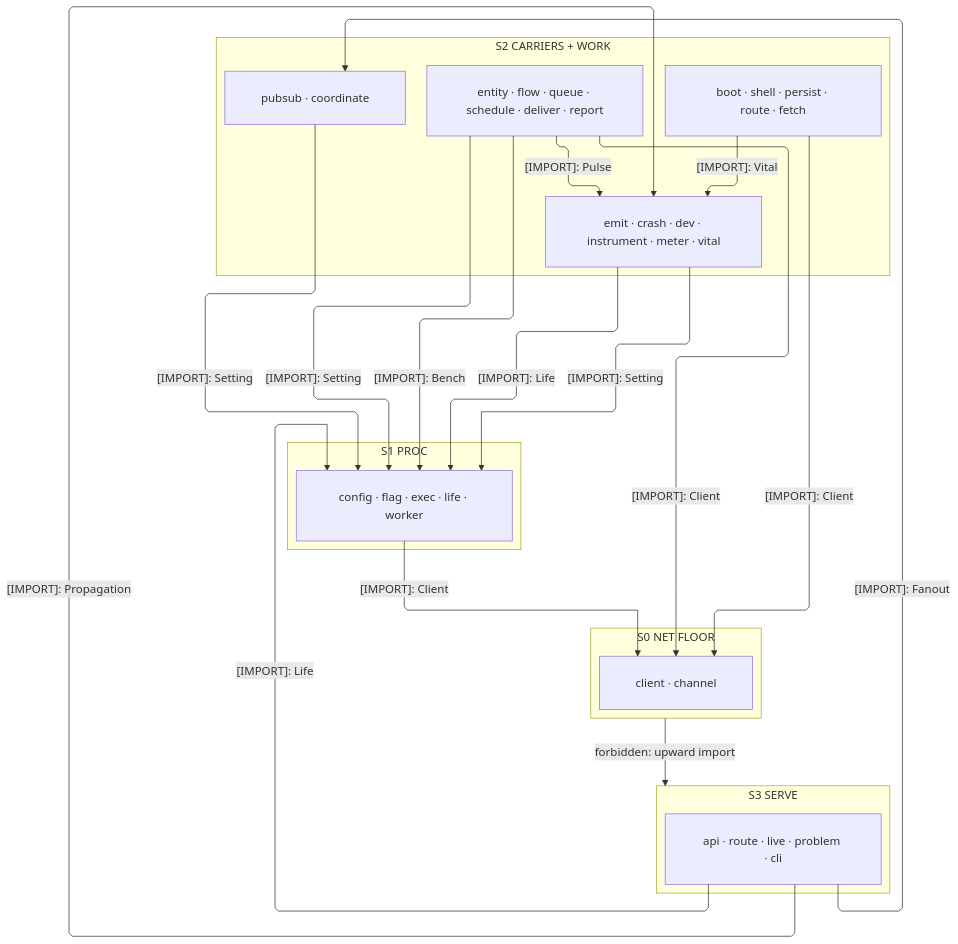
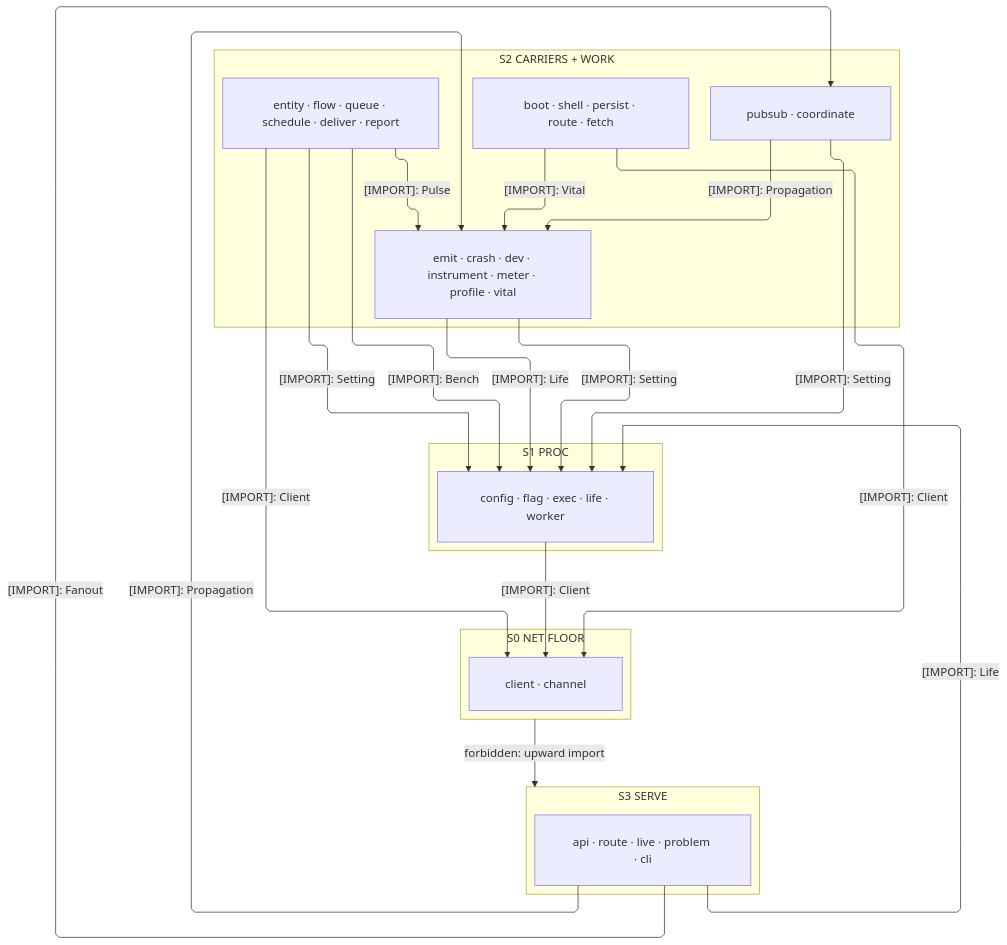
One commit to bsamiee/Rasm changed the first of 3 diagrams in libs/typescript/runtime/ARCHITECTURE.md. Above: the diagram before and after it, drawn with Mermaid. The commit also changed other lines of this file and 124 other files, not shown here.

First line of the commit message:
planning registries: ARCHITECTURE/README/IDEAS/TASKLOG/RULINGS + csproj, campaign-method, CLAUDE.md

````diff
--- a/libs/typescript/runtime/ARCHITECTURE.md
+++ b/libs/typescript/runtime/ARCHITECTURE.md
@@ -62,42 +63,43 @@
 ```mermaid
 ---
 config:
   layout: elk
   flowchart:
     curve: linear
     padding: 25
 ---
 flowchart TB
     accTitle: Runtime interior import strata
-    accDescr: Four interior waves — serve over the pubsub and otel carriers, with browser and work seated at the same carrier rank parallel to the server plane, over the proc substrate onto the net egress floor — imports downward with two lateral edges inside S2 (the work-to-otel meter mark, the browser-to-otel vital projection), labeled edges naming one sourced type each, and one forbidden upward edge.
+    accDescr: Four interior waves — serve over the pubsub and otel carriers, with browser and work seated at the same carrier rank parallel to the server plane, over the proc substrate onto the net egress floor — imports downward with three lateral edges inside S2 (the work-to-otel meter mark, the browser-to-otel vital projection, the pubsub-to-otel carriage continuation), labeled edges naming one sourced type each, and one forbidden upward edge.
     subgraph S3["S3 SERVE"]
         Serve["api · route · live · problem · cli"]
     end
     subgraph S2["S2 CARRIERS + WORK"]
         Fanout["pubsub · coordinate"]
-        Otel["emit · crash · dev · instrument · meter · vital"]
+        Otel["emit · crash · dev · instrument · meter · profile · vital"]
         Browser["boot · shell · persist · route · fetch"]
         Work["entity · flow · queue · schedule · deliver · report"]
     end
     subgraph S1["S1 PROC"]
         Proc["config · flag · exec · life · worker"]
     end
     subgraph S0["S0 NET FLOOR"]
         NetFloor["client · channel"]
     end
     Proc e1@-->|"[IMPORT]: Client"| NetFloor
     Fanout e2@-->|"[IMPORT]: Setting"| Proc
     Otel e3@-->|"[IMPORT]: Life"| Proc
     Otel e11@-->|"[IMPORT]: Setting"| Proc
     Browser e4@-->|"[IMPORT]: Client"| NetFloor
     Work e5@-->|"[IMPORT]: Setting"| Proc
     Work e6@-->|"[IMPORT]: Client"| NetFloor
     Work e10@-->|"[IMPORT]: Bench"| Proc
     Work e12@-->|"[IMPORT]: Pulse"| Otel
     Browser e13@-->|"[IMPORT]: Vital"| Otel
+    Fanout e14@-->|"[IMPORT]: Propagation"| Otel
     Serve e7@-->|"[IMPORT]: Fanout"| Fanout
     Serve e8@-->|"[IMPORT]: Propagation"| Otel
     Serve e9@-->|"[IMPORT]: Life"| Proc
     Serve ~~~ Fanout
     S0 f1@-->|"forbidden: upward import"| S3
 ```
````
